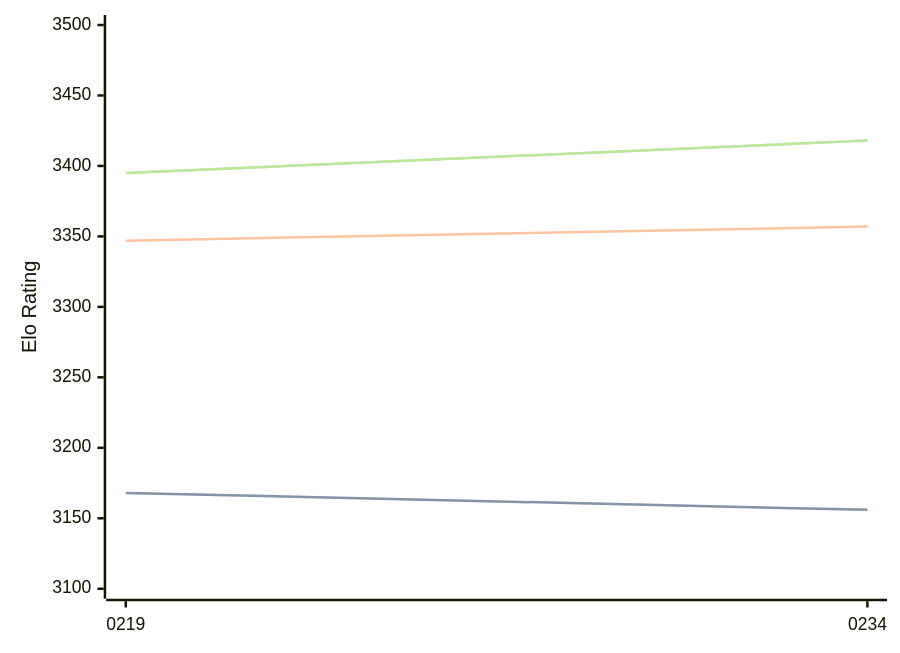
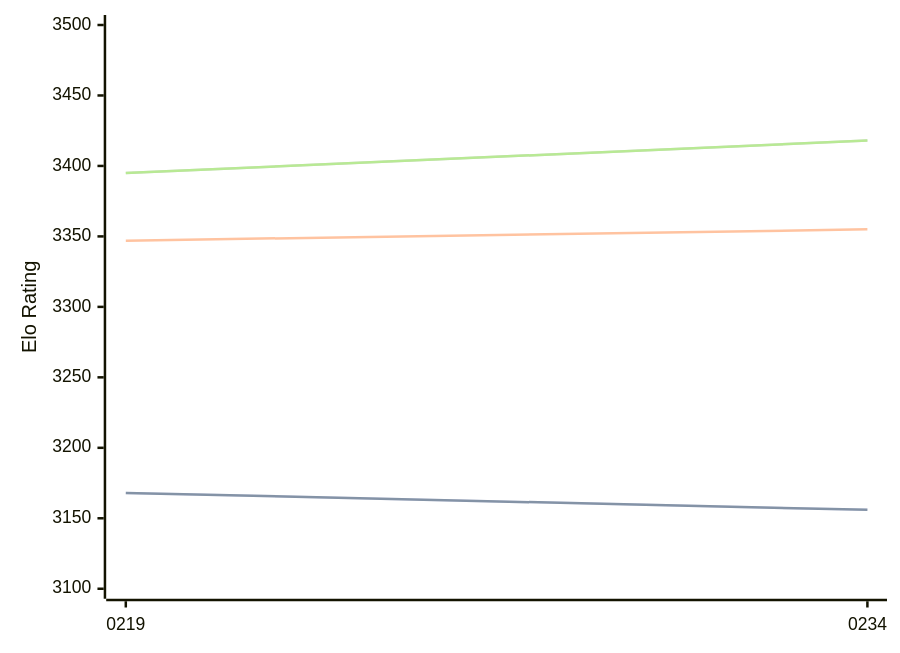
Before and after one commit to computer-chess-index/cci: the diagram in engines/Ynode.md, drawn with Mermaid. The commit also changed other lines of this file, not shown here.

````diff
--- a/engines/Ynode.md
+++ b/engines/Ynode.md
@@ -39,11 +39,11 @@
 ```mermaid
 %%{init: {"theme":"base","themeVariables":{"seriesColors:['#a3a3a3','#222221','#faa371']}}}%%
 xychart-beta
   x-axis ["0219", "0234"]
   y-axis "Elo Rating" 3100 --> 3500
   line "STC (8.0+0.08s)" [3168, 3156]
   line "STC (8.0+0.08s)" [3168, 3156]
-  line "LTC (60.0+0.60s)" [3347, 3357]
+  line "LTC (60.0+0.60s)" [3347, 3355]
   line "VLTC (2m24s+1.12s)" [3395, 3418]
   line "VLTC (2m24s+1.12s)" [3395, 3418]
 ```
````
